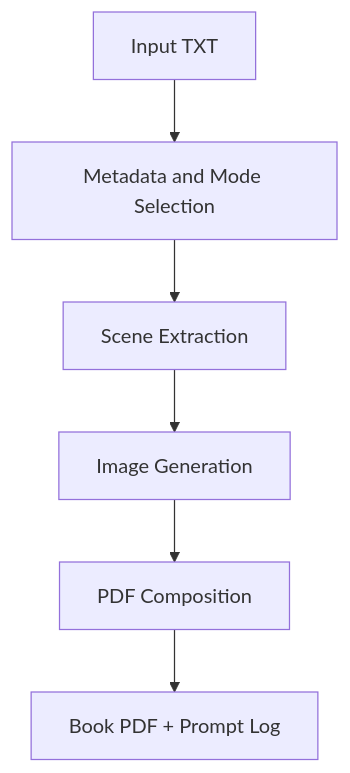
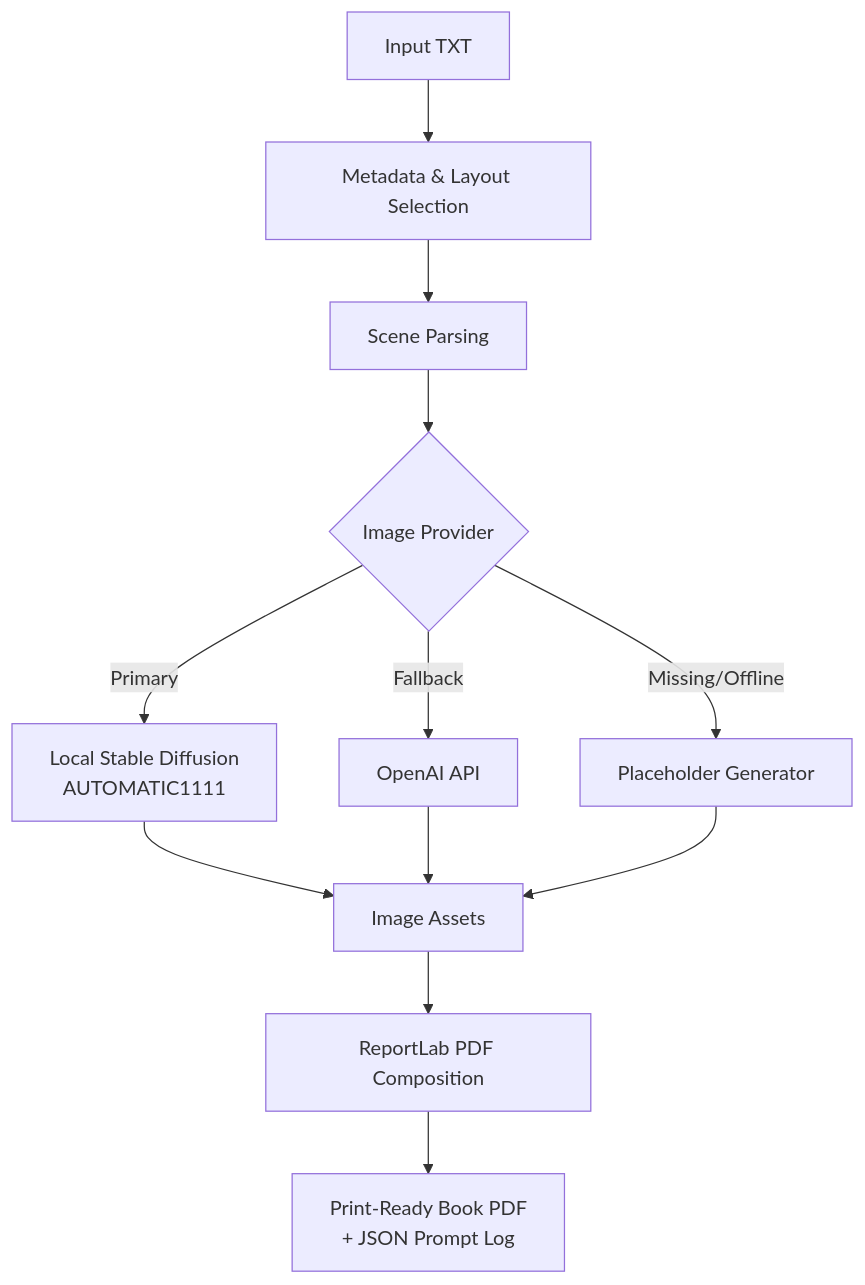
One commit to TrivicM/ai-storybook-generator changed the diagram in ai_storybook_generator/README.md. Above: the diagram before and after it, drawn with Mermaid. The commit also changed other lines of this file, not shown here.

Commit message:
feat: Update README with professional portfolio structure and fallback logic details

````diff
--- a/ai_storybook_generator/README.md
+++ b/ai_storybook_generator/README.md
@@ -35,8 +25,14 @@
 ```mermaid
 flowchart TD
-    A[Input TXT] --> B[Metadata and Mode Selection]
-    B --> C[Scene Extraction]
-    C --> D[Image Generation]
-    D --> E[PDF Composition]
-    E --> F[Book PDF + Prompt Log]
+    A[Input TXT] --> B[Metadata & Layout Selection]
+    B --> C[Scene Parsing]
+    C --> D{Image Provider}
+    D -->|Primary| E[Local Stable Diffusion<br/>AUTOMATIC1111]
+    D -->|Fallback| F[OpenAI API]
+    D -->|Missing/Offline| G[Placeholder Generator]
+    E --> H[Image Assets]
+    F --> H
+    G --> H
+    H --> I[ReportLab PDF Composition]
+    I --> J[Print-Ready Book PDF<br/>+ JSON Prompt Log]
 ```
````
